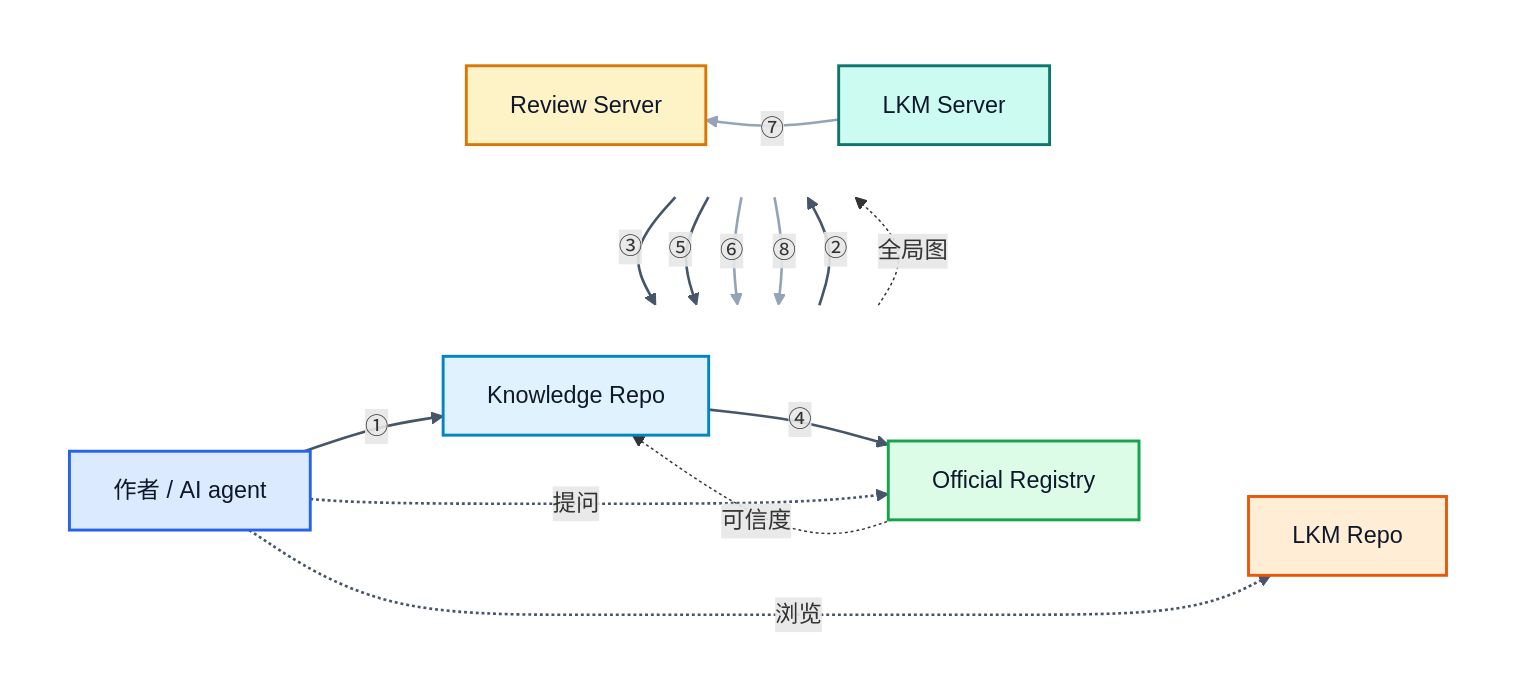
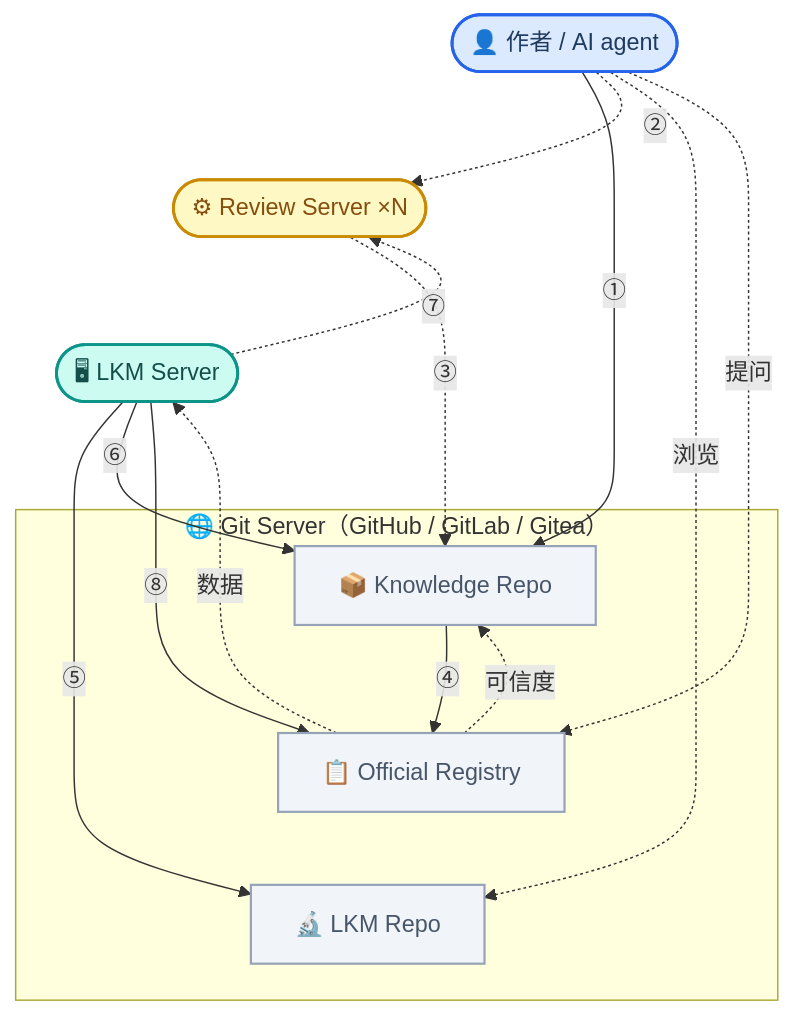
One commit to newtontech/Gaia changed the diagram in docs/foundations/rationale/decentralized-architecture.md. Above: the diagram before and after it, drawn with Mermaid.

Commit message:
docs(rationale): redesign architecture diagram — clean flowchart with Git Server box
Replace ghost-node Row hack with clean flowchart TB:
- Three actors horizontally aligned via ~~~ invisible links
- Git Server subgraph box containing three repos (also ~~~ aligned)
- Stadium shapes for actors, rectangles for repos
- Solid arrows for primary flows, dashed for review/data/browse
- Color-coded: blue (Author), yellow (Review), teal (LKM), gray (repos)
- No ghost nodes, no invisible rows, no linkStyle index hacks

````diff
--- a/docs/foundations/rationale/decentralized-architecture.md
+++ b/docs/foundations/rationale/decentralized-architecture.md
@@ -54,55 +54,32 @@
 ```mermaid
-graph TB
-    subgraph Row1[" "]
-        direction LR
-        Author["作者 / AI agent"]:::author
-        PKG["Knowledge Repo"]:::pkg
-        REG["Official Registry"]:::registry
-        LKMR["LKM Repo"]:::lkmrepo
+flowchart TB
+    Author(["👤 作者 / AI agent"]):::actor
+    RS(["⚙ Review Server ×N"]):::review
+    LKM(["🖥 LKM Server"]):::lkm
+    Author ~~~ RS ~~~ LKM
+
+    subgraph GIT["🌐 Git Server（GitHub / GitLab / Gitea）"]
+        PKG["📦 Knowledge Repo"]:::repo
+        REG["📋 Official Registry"]:::repo
+        LKMR["🔬 LKM Repo"]:::repo
+        PKG ~~~ REG ~~~ LKMR
     end
 
-    subgraph Row2[" "]
-        direction LR
-        GhostL[" "]:::ghost
-        RS["Review Server"]:::review
-        LKM["LKM Server"]:::lkm
-        GhostR[" "]:::ghost
-    end
-
-    Author --- PKG
-    PKG --- REG
-    REG --- LKMR
-    GhostL --- RS
-    RS --- LKM
-    LKM --- GhostR
-
     Author -->|"①"| PKG
-    Author -->|"②"| RS
-    RS -->|"③"| PKG
+    Author -.->|"②"| RS
+    RS -.->|"③"| PKG
     PKG -->|"④"| REG
-
     Author -.->|"浏览"| LKMR
     Author -.->|"提问"| REG
     LKM -->|"⑤"| LKMR
     LKM -->|"⑥"| PKG
-    LKM -->|"⑦"| RS
+    LKM -.->|"⑦"| RS
     LKM -->|"⑧"| REG
-
-    REG -.->|"全局图"| LKM
+    REG -.->|"数据"| LKM
     REG -.->|"可信度"| PKG
 
-    classDef author fill:#DBEAFE,stroke:#2563EB,stroke-width:2px,color:#0F172A;
-    classDef review fill:#FEF3C7,stroke:#D97706,stroke-width:2px,color:#0F172A;
-    classDef lkm fill:#CCFBF1,stroke:#0F766E,stroke-width:2px,color:#0F172A;
-    classDef pkg fill:#E0F2FE,stroke:#0284C7,stroke-width:2px,color:#0F172A;
-    classDef registry fill:#DCFCE7,stroke:#16A34A,stroke-width:2px,color:#0F172A;
-    classDef lkmrepo fill:#FFEDD5,stroke:#EA580C,stroke-width:2px,color:#0F172A;
-    classDef ghost fill:transparent,stroke:transparent,color:transparent;
-
-    style Row1 fill:transparent,stroke:transparent
-    style Row2 fill:transparent,stroke:transparent
-
-    linkStyle 0,1,2,3,4,5 stroke:transparent
-    linkStyle 13,14,15 stroke:#94A3B8,stroke-width:1.8px
-    linkStyle 6,7,8,9,10,11,12 stroke:#475569,stroke-width:1.8px
+    classDef actor fill:#DBEAFE,stroke:#2563EB,stroke-width:2px,color:#1E3A5F
+    classDef review fill:#FEF9C4,stroke:#CA8A04,stroke-width:2px,color:#854D0E
+    classDef lkm fill:#CCFBF1,stroke:#0D9488,stroke-width:2px,color:#134E4A
+    classDef repo fill:#F1F5F9,stroke:#94A3B8,stroke-width:1.5px,color:#475569
 ```
````
